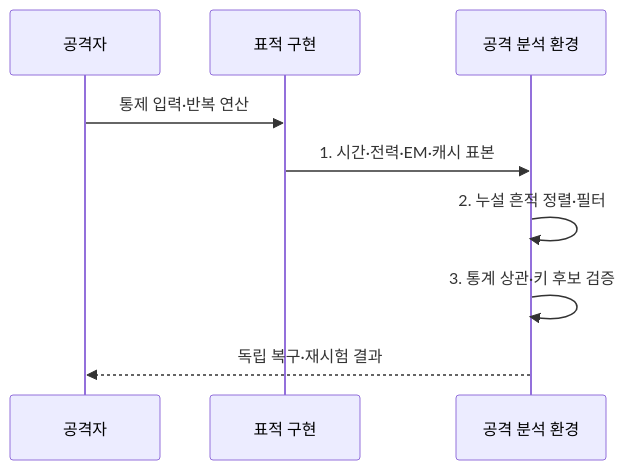
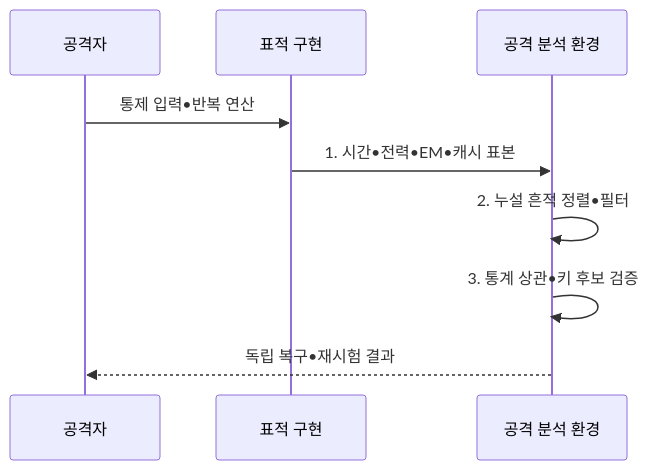
One commit to agnusdei1207/knowledge-base changed the second of 2 diagrams in src/content/docs/notes/05-security/130_side_channel_attack.md. Above: the diagram before and after it, drawn with Mermaid. The commit also changed other lines of this file and 953 other files, not shown here.

````diff
--- a/src/content/docs/notes/05-security/130_side_channel_attack.md
+++ b/src/content/docs/notes/05-security/130_side_channel_attack.md
@@ -100,11 +100,11 @@
 ```mermaid
 sequenceDiagram
   participant A as 공격자
   participant T as 표적 구현
   participant L as 공격 분석 환경
-  A->>T: 통제 입력·반복 연산
-  T->>L: 1. 시간·전력·EM·캐시 표본
-  L->>L: 2. 누설 흔적 정렬·필터
-  L->>L: 3. 통계 상관·키 후보 검증
-  L-->>A: 독립 복구·재시험 결과
+  A->>T: 통제 입력•반복 연산
+  T->>L: 1. 시간•전력•EM•캐시 표본
+  L->>L: 2. 누설 흔적 정렬•필터
+  L->>L: 3. 통계 상관•키 후보 검증
+  L-->>A: 독립 복구•재시험 결과
 ```
````
